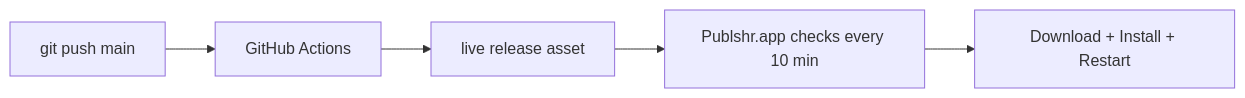
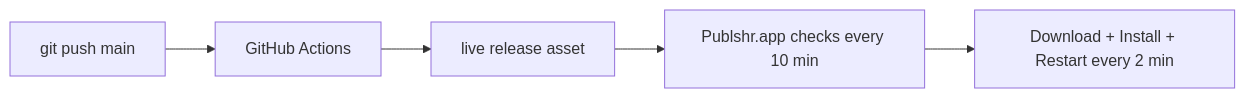
The diagram in mac/publshr/docs/AUTO_UPDATE.md (hiagoccss-svg/publshr.exe), drawn with Mermaid before and after one commit. The commit also changed other lines of this file and 7 other files, not shown here.

````diff
--- a/mac/publshr/docs/AUTO_UPDATE.md
+++ b/mac/publshr/docs/AUTO_UPDATE.md
@@ -15,7 +15,7 @@
 ```mermaid
 flowchart LR
   A[git push main] --> B[GitHub Actions]
   B --> C[live release asset]
   C --> D[Publshr.app checks every 10 min]
-  D --> E[Download + Install + Restart]
+  D --> E[Download + Install + Restart every 2 min]
 ```
````
